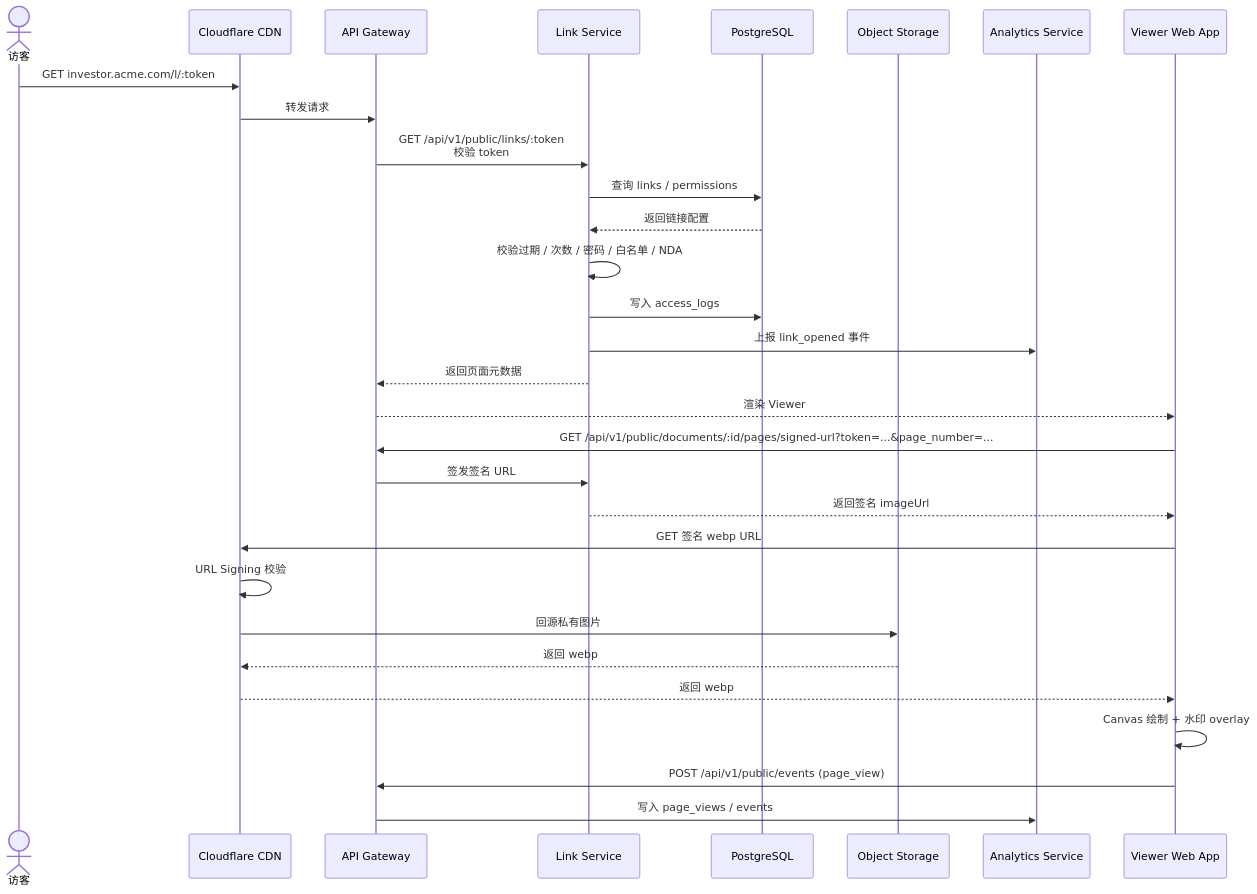
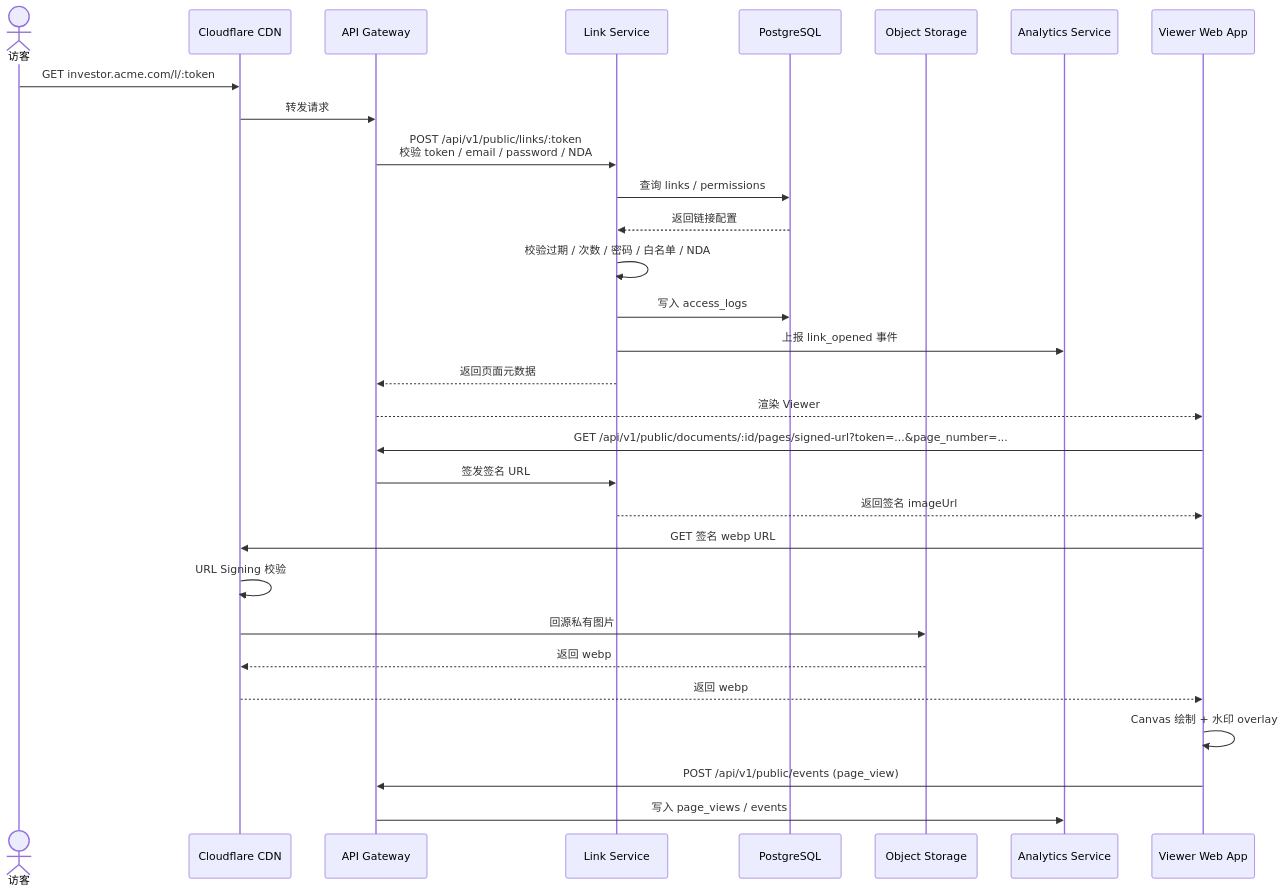
One commit to OpenCore-Hub/DealSignal changed diagram 11 of 16 in docs/ARCHITECTURE-v2.1.0.md. Above: the diagram before and after it, drawn with Mermaid. The commit also changed 16 other files, not shown here.

First line of the commit message:
fix(public-link): gate 参数改为 POST body，修复 email required 报错

````diff
--- a/docs/ARCHITECTURE-v2.1.0.md
+++ b/docs/ARCHITECTURE-v2.1.0.md
@@ -620,33 +620,33 @@
 ```mermaid
 sequenceDiagram
     actor V as 访客
     participant CDN as Cloudflare CDN
     participant GW as API Gateway
     participant LS as Link Service
     participant DB as PostgreSQL
     participant OSS as Object Storage
     participant AS as Analytics Service
     participant FE as Viewer Web App
 
     V ->> CDN: GET investor.acme.com/l/:token
     CDN ->> GW: 转发请求
-    GW ->> LS: GET /api/v1/public/links/:token<br/>校验 token
+    GW ->> LS: POST /api/v1/public/links/:token<br/>校验 token / email / password / NDA
     LS ->> DB: 查询 links / permissions
     DB -->> LS: 返回链接配置
     LS ->> LS: 校验过期 / 次数 / 密码 / 白名单 / NDA
     LS ->> DB: 写入 access_logs
     LS ->> AS: 上报 link_opened 事件
     LS -->> GW: 返回页面元数据
     GW -->> FE: 渲染 Viewer
     FE ->> GW: GET /api/v1/public/documents/:id/pages/signed-url?token=...&page_number=...
     GW ->> LS: 签发签名 URL
     LS -->> FE: 返回签名 imageUrl
     FE ->> CDN: GET 签名 webp URL
     CDN ->> CDN: URL Signing 校验
     CDN ->> OSS: 回源私有图片
     OSS -->> CDN: 返回 webp
     CDN -->> FE: 返回 webp
     FE ->> FE: Canvas 绘制 + 水印 overlay
     FE ->> GW: POST /api/v1/public/events (page_view)
     GW ->> AS: 写入 page_views / events
 ```
````
